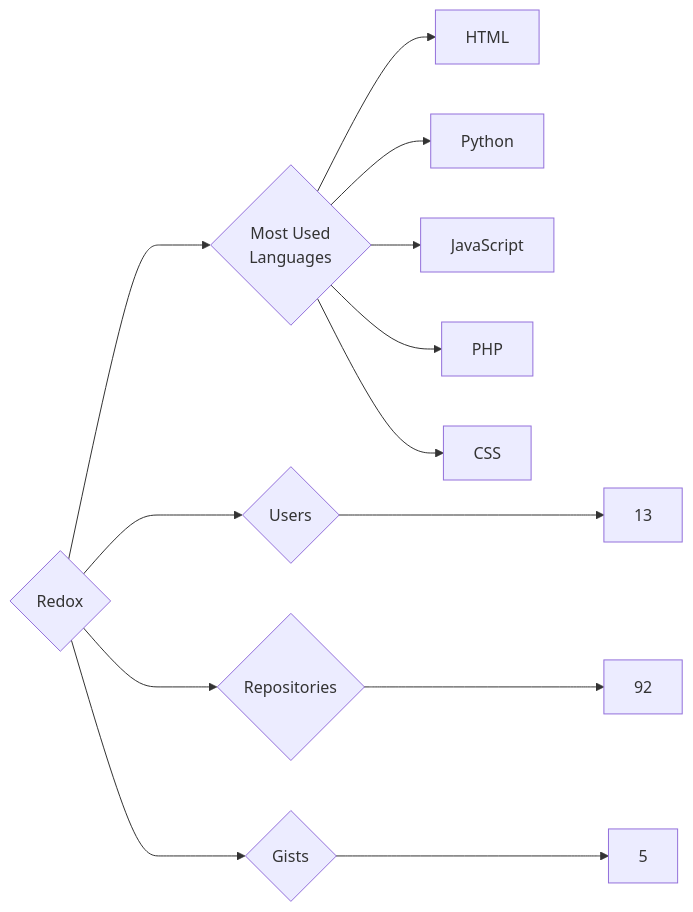
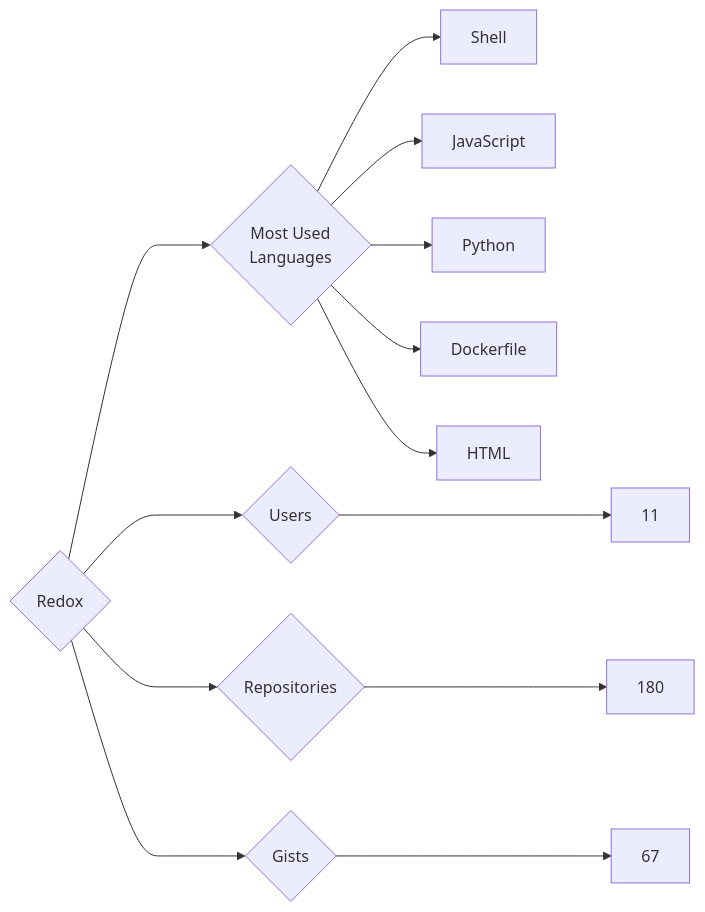
One commit to trickest/insiders changed the diagram in targets/Redox/README.md. Above: the diagram before and after it, drawn with Mermaid. The commit also changed 877 other files, not shown here.

````diff
--- a/targets/Redox/README.md
+++ b/targets/Redox/README.md
@@ -3,13 +3,13 @@
 ```mermaid
 graph LR
 COMPANY_NAME{Redox}
-COMPANY_NAME ---> U{Users} ---> UN[13]
-COMPANY_NAME ---> R{Repositories} ---> RN[92]
-COMPANY_NAME ---> G{Gists} ---> GN[5]
+COMPANY_NAME ---> U{Users} ---> UN[11]
+COMPANY_NAME ---> R{Repositories} ---> RN[180]
+COMPANY_NAME ---> G{Gists} ---> GN[67]
 COMPANY_NAME ---> ML{Most Used<br>Languages}
+ML --> Shell[Shell]
+ML --> JavaScript[JavaScript]
+ML --> Python[Python]
+ML --> Dockerfile[Dockerfile]
 ML --> HTML[HTML]
-ML --> Python[Python]
-ML --> JavaScript[JavaScript]
-ML --> PHP[PHP]
-ML --> CSS[CSS]
 ```
````
